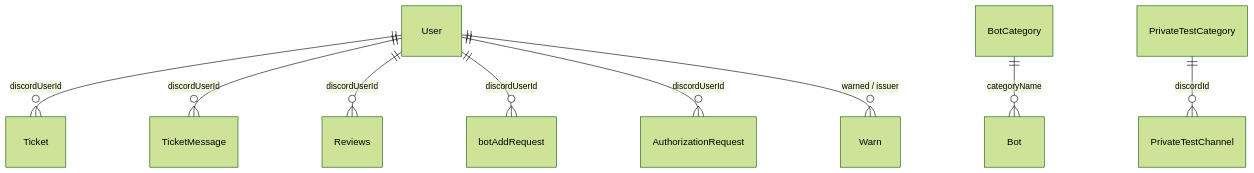
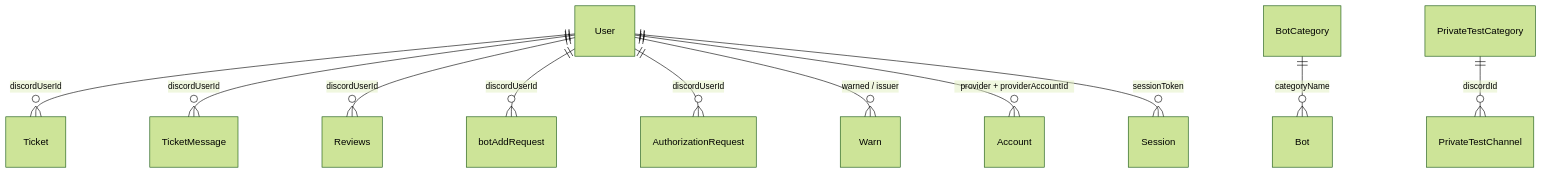
The diagram in docs/data-model.md (P4ciuf/veyra), drawn with Mermaid (forest theme) before and after one commit. The commit also changed other lines of this file and 23 other files, not shown here.

````diff
--- a/docs/data-model.md
+++ b/docs/data-model.md
@@ -37,11 +40,13 @@
 ```mermaid
 erDiagram
     User ||--o{ Ticket : "discordUserId"
     User ||--o{ TicketMessage : "discordUserId"
     User ||--o{ Reviews : "discordUserId"
     User ||--o{ botAddRequest : "discordUserId"
     User ||--o{ AuthorizationRequest : "discordUserId"
     User ||--o{ Warn : "warned / issuer"
+    User ||--o{ Account : "provider + providerAccountId"
+    User ||--o{ Session : "sessionToken"
     BotCategory ||--o{ Bot : "categoryName"
     PrivateTestCategory ||--o{ PrivateTestChannel : "discordId"
 ```
````
